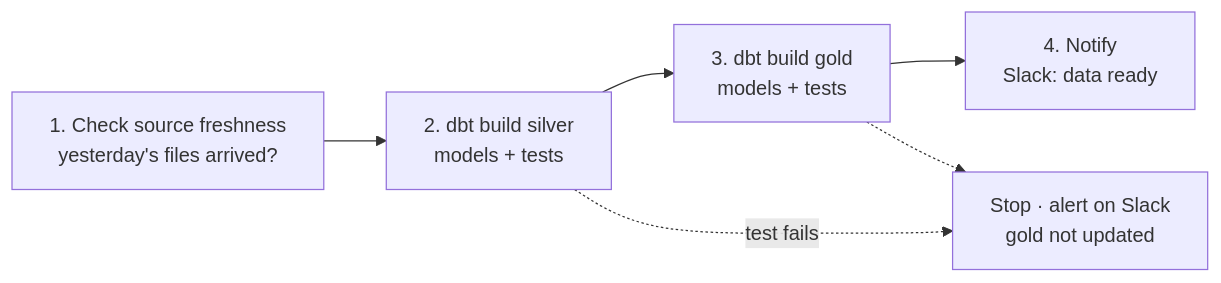
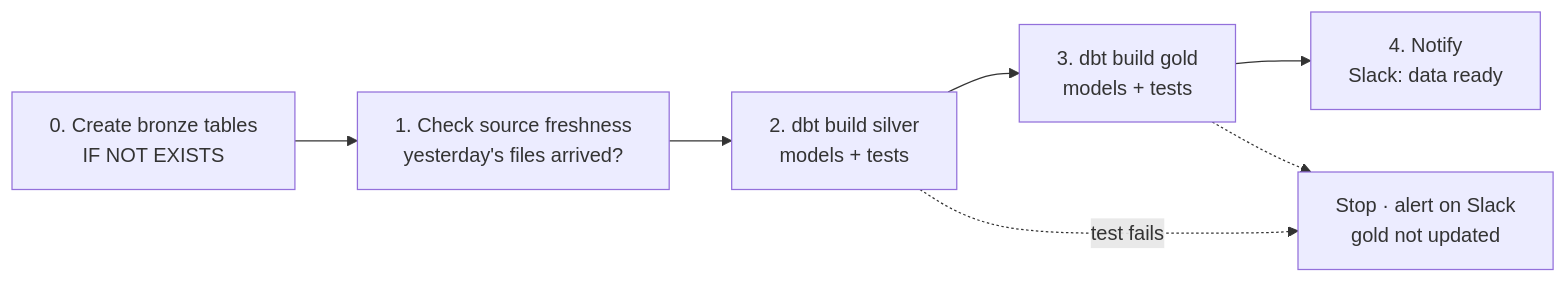
One commit to MoeinT/cloud-data-platform-case-study changed the diagram in case-1-startup-data-stack/README.md. Above: the diagram before and after it, drawn with Mermaid. The commit also changed other lines of this file and 1 other file, not shown here.

Commit message:
updated diagram

````diff
--- a/case-1-startup-data-stack/README.md
+++ b/case-1-startup-data-stack/README.md
@@ -57,8 +77,9 @@
 ```mermaid
 flowchart LR
-    A["1. Check source freshness<br/>yesterday's files arrived?"] --> B["2. dbt build silver<br/>models + tests"]
+    A0["0. Create bronze tables<br/>IF NOT EXISTS"] --> A["1. Check source freshness<br/>yesterday's files arrived?"]
+    A --> B["2. dbt build silver<br/>models + tests"]
     B --> C["3. dbt build gold<br/>models + tests"]
     C --> D["4. Notify<br/>Slack: data ready"]
     B -. "test fails" .-> X["Stop · alert on Slack<br/>gold not updated"]
     C -.-> X
 ```
````
